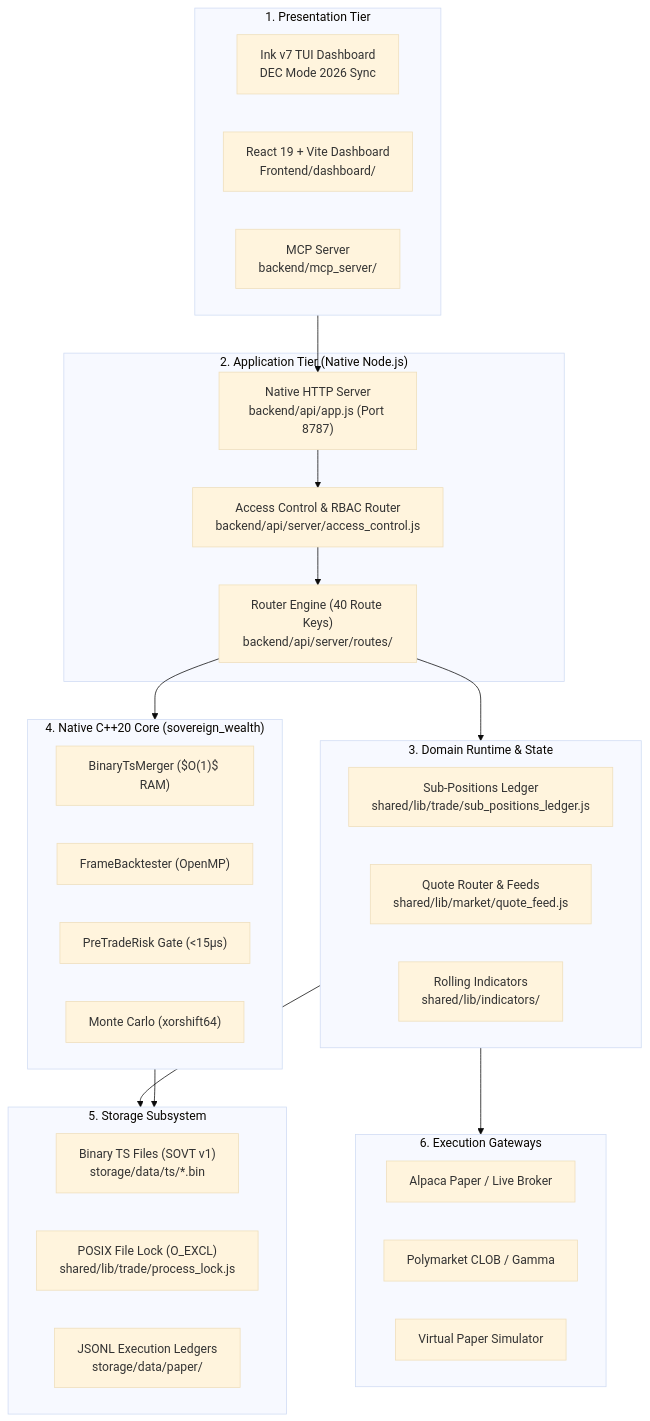
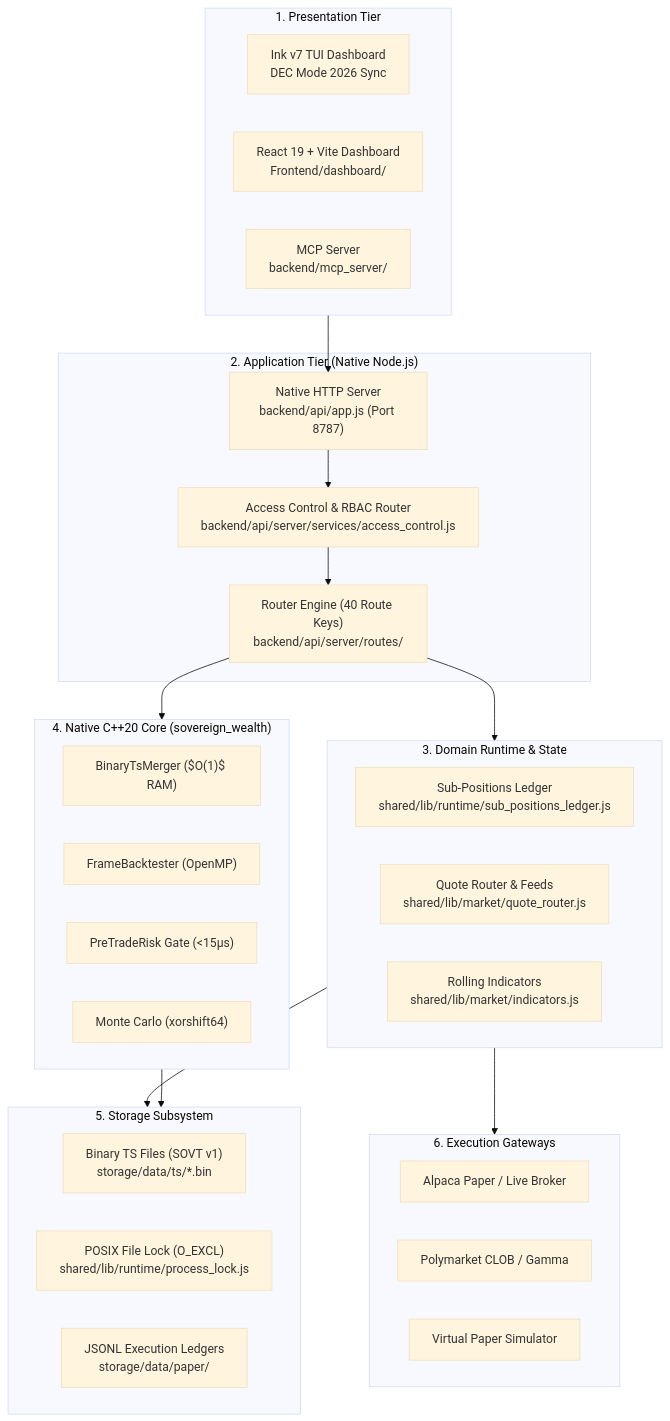
Before and after one commit to vgbn2/personal_finance_draft: the first of 2 diagrams in docs/engineering/specs/technical_spec.md, drawn with Mermaid (base theme). The commit also changed 27 other files, not shown here.

First line of the commit message:
docs(architecture): configure MkDocs Material, GitHub Pages CI, and strict documentation gate

````diff
--- a/docs/engineering/specs/technical_spec.md
+++ b/docs/engineering/specs/technical_spec.md
@@ -9,48 +9,48 @@
 ```mermaid
 flowchart TD
     subgraph Tier1["1. Presentation Tier"]
         TUI["Ink v7 TUI Dashboard<br/>DEC Mode 2026 Sync"]
         VITE["React 19 + Vite Dashboard<br/>Frontend/dashboard/"]
         MCP["MCP Server<br/>backend/mcp_server/"]
     end
 
     subgraph Tier2["2. Application Tier (Native Node.js)"]
         HTTP["Native HTTP Server<br/>backend/api/app.js (Port 8787)"]
         ROUTER["Router Engine (40 Route Keys)<br/>backend/api/server/routes/"]
-        RBAC["Access Control & RBAC Router<br/>backend/api/server/access_control.js"]
+        RBAC["Access Control & RBAC Router<br/>backend/api/server/services/access_control.js"]
     end
 
     subgraph Tier3["3. Domain Runtime & State"]
-        SUBPOS["Sub-Positions Ledger<br/>shared/lib/trade/sub_positions_ledger.js"]
-        QUOTE["Quote Router & Feeds<br/>shared/lib/market/quote_feed.js"]
-        IND["Rolling Indicators<br/>shared/lib/indicators/"]
+        SUBPOS["Sub-Positions Ledger<br/>shared/lib/runtime/sub_positions_ledger.js"]
+        QUOTE["Quote Router & Feeds<br/>shared/lib/market/quote_router.js"]
+        IND["Rolling Indicators<br/>shared/lib/market/indicators.js"]
     end
 
     subgraph Tier4["4. Native C++20 Core (sovereign_wealth)"]
         MERGE["BinaryTsMerger ($O(1)$ RAM)"]
         BACKTEST["FrameBacktester (OpenMP)"]
         RISK["PreTradeRisk Gate (<15µs)"]
         STATS["Monte Carlo (xorshift64)"]
     end
 
     subgraph Tier5["5. Storage Subsystem"]
         BIN["Binary TS Files (SOVT v1)<br/>storage/data/ts/*.bin"]
-        LOCK["POSIX File Lock (O_EXCL)<br/>shared/lib/trade/process_lock.js"]
+        LOCK["POSIX File Lock (O_EXCL)<br/>shared/lib/runtime/process_lock.js"]
         JSONL["JSONL Execution Ledgers<br/>storage/data/paper/"]
     end
 
     subgraph Tier6["6. Execution Gateways"]
         ALPACA["Alpaca Paper / Live Broker"]
         POLY["Polymarket CLOB / Gamma"]
         PAPER["Virtual Paper Simulator"]
     end
 
     Tier1 --> HTTP
     HTTP --> RBAC
     RBAC --> ROUTER
     ROUTER --> Tier3
     ROUTER --> Tier4
     Tier3 --> Tier5
     Tier4 --> Tier5
     Tier3 --> Tier6
 ```
````
